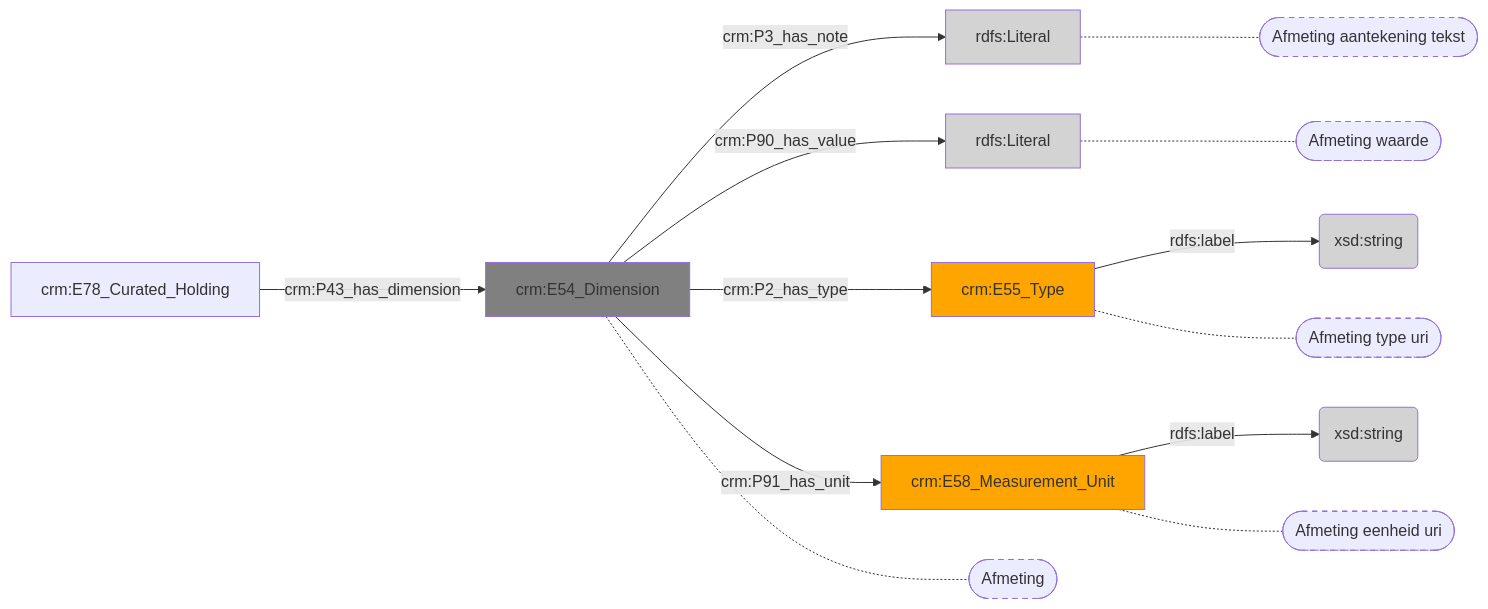
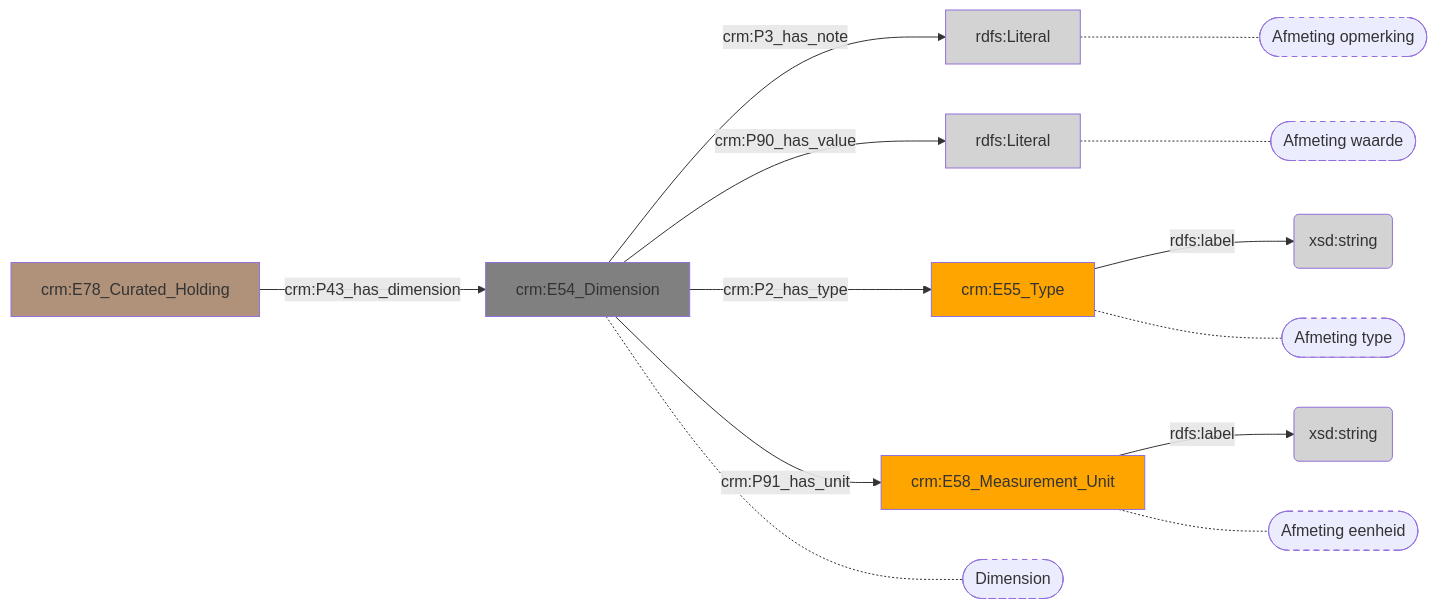
The diagram in docs/content/modellen/ArchivalUnit/FysiekeKenmerken.md (digipolisantwerpdocumentation/antwerp-cultureel-erfgoed), drawn with Mermaid before and after one commit. The commit also changed 173 other files, not shown here.

````diff
--- a/docs/content/modellen/ArchivalUnit/FysiekeKenmerken.md
+++ b/docs/content/modellen/ArchivalUnit/FysiekeKenmerken.md
@@ -1,27 +1,28 @@
 ```mermaid
 graph LR
 3b219c08-04fb-11ee-9497-96a6d2455259["crm:E54_Dimension"]-->|"crm:P3_has_note"|3b21ab62-04fb-11ee-9497-96a6d2455259(rdfs:Literal)
 3b219c08-04fb-11ee-9497-96a6d2455259["crm:E54_Dimension"]-->|"crm:P90_has_value"|3b21aac2-04fb-11ee-9497-96a6d2455259(rdfs:Literal)
 3b21ab12-04fb-11ee-9497-96a6d2455259["crm:E58_Measurement_Unit"]-->|"rdfs:label"|3b21aa72-04fb-11ee-9497-96a6d2455259(xsd:string)
 3b21abb2-04fb-11ee-9497-96a6d2455259["crm:E55_Type"]-->|"rdfs:label"|3b21aa22-04fb-11ee-9497-96a6d2455259(xsd:string)
 3b219c08-04fb-11ee-9497-96a6d2455259["crm:E54_Dimension"]-->|"crm:P2_has_type"|3b21abb2-04fb-11ee-9497-96a6d2455259["crm:E55_Type"]
 3b219c08-04fb-11ee-9497-96a6d2455259["crm:E54_Dimension"]-->|"crm:P91_has_unit"|3b21ab12-04fb-11ee-9497-96a6d2455259["crm:E58_Measurement_Unit"]
 3b21a73e-04fb-11ee-9497-96a6d2455259["crm:E78_Curated_Holding"]-->|"crm:P43_has_dimension"|3b219c08-04fb-11ee-9497-96a6d2455259["crm:E54_Dimension"]
+3b21abb2-04fb-11ee-9497-96a6d2455259["crm:E55_Type"]-.-3b21abb2-04fb-11ee-9497-96a6d2455259_s(["Afmeting type"])
+3b21ab62-04fb-11ee-9497-96a6d2455259["rdfs:Literal"]-.-3b21ab62-04fb-11ee-9497-96a6d2455259_s(["Afmeting opmerking"])
+3b21aac2-04fb-11ee-9497-96a6d2455259["rdfs:Literal"]-.-3b21aac2-04fb-11ee-9497-96a6d2455259_s(["Afmeting waarde"])
+3b21ab12-04fb-11ee-9497-96a6d2455259["crm:E58_Measurement_Unit"]-.-3b21ab12-04fb-11ee-9497-96a6d2455259_s(["Afmeting eenheid"])
+3b219c08-04fb-11ee-9497-96a6d2455259["crm:E54_Dimension"]-.-3b219c08-04fb-11ee-9497-96a6d2455259_s(["Dimension"])
 style 3b21abb2-04fb-11ee-9497-96a6d2455259_s stroke-dasharray: 5
 style 3b21ab62-04fb-11ee-9497-96a6d2455259_s stroke-dasharray: 5
 style 3b21aac2-04fb-11ee-9497-96a6d2455259_s stroke-dasharray: 5
 style 3b21ab12-04fb-11ee-9497-96a6d2455259_s stroke-dasharray: 5
 style 3b219c08-04fb-11ee-9497-96a6d2455259_s stroke-dasharray: 5
-3b21abb2-04fb-11ee-9497-96a6d2455259["crm:E55_Type"]-.-3b21abb2-04fb-11ee-9497-96a6d2455259_s(["Afmeting type uri"])
-3b21ab62-04fb-11ee-9497-96a6d2455259["rdfs:Literal"]-.-3b21ab62-04fb-11ee-9497-96a6d2455259_s(["Afmeting aantekening tekst"])
-3b21aac2-04fb-11ee-9497-96a6d2455259["rdfs:Literal"]-.-3b21aac2-04fb-11ee-9497-96a6d2455259_s(["Afmeting waarde"])
-3b21ab12-04fb-11ee-9497-96a6d2455259["crm:E58_Measurement_Unit"]-.-3b21ab12-04fb-11ee-9497-96a6d2455259_s(["Afmeting eenheid uri"])
-3b219c08-04fb-11ee-9497-96a6d2455259["crm:E54_Dimension"]-.-3b219c08-04fb-11ee-9497-96a6d2455259_s(["Afmeting"])
 style 3b219c08-04fb-11ee-9497-96a6d2455259 fill:#808080
+style 3b21a73e-04fb-11ee-9497-96a6d2455259 fill:#B0927A
 style 3b21aa22-04fb-11ee-9497-96a6d2455259 fill:#D3D3D3
 style 3b21aa72-04fb-11ee-9497-96a6d2455259 fill:#D3D3D3
 style 3b21aac2-04fb-11ee-9497-96a6d2455259 fill:#D3D3D3
 style 3b21ab12-04fb-11ee-9497-96a6d2455259 fill:#ffa500
 style 3b21ab62-04fb-11ee-9497-96a6d2455259 fill:#D3D3D3
 style 3b21abb2-04fb-11ee-9497-96a6d2455259 fill:#ffa500
 ```
````
